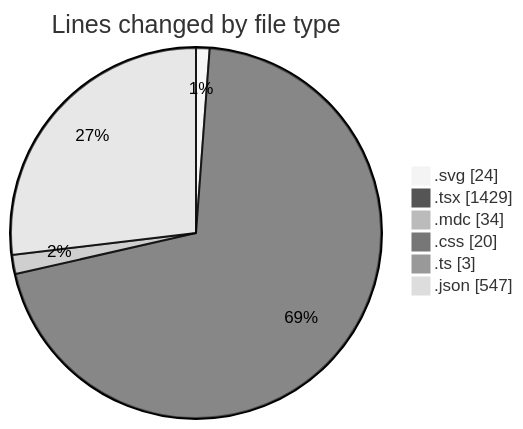
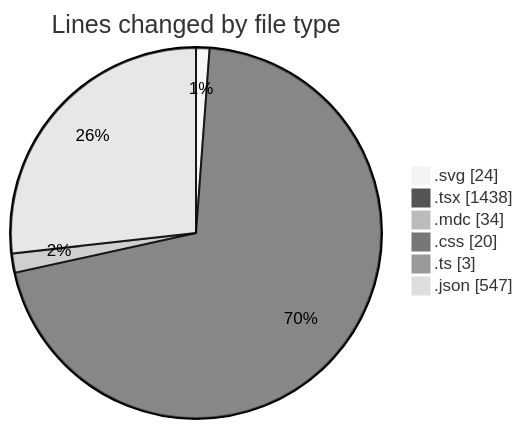
One commit to EIIisD/code-tracking changed the first of 2 diagrams in 2025-07-18/ribbon/README.md. Above: the diagram before and after it, drawn with Mermaid (neutral theme). The commit also changed other lines of this file and 1 other file, not shown here.

````diff
--- a/2025-07-18/ribbon/README.md
+++ b/2025-07-18/ribbon/README.md
@@ -27,10 +27,10 @@
 ```mermaid
 pie showData
 title Lines changed by file type
 ".svg" : 24
-".tsx" : 1429
+".tsx" : 1438
 ".mdc" : 34
 ".css" : 20
 ".ts" : 3
 ".json" : 547
 ```
````
